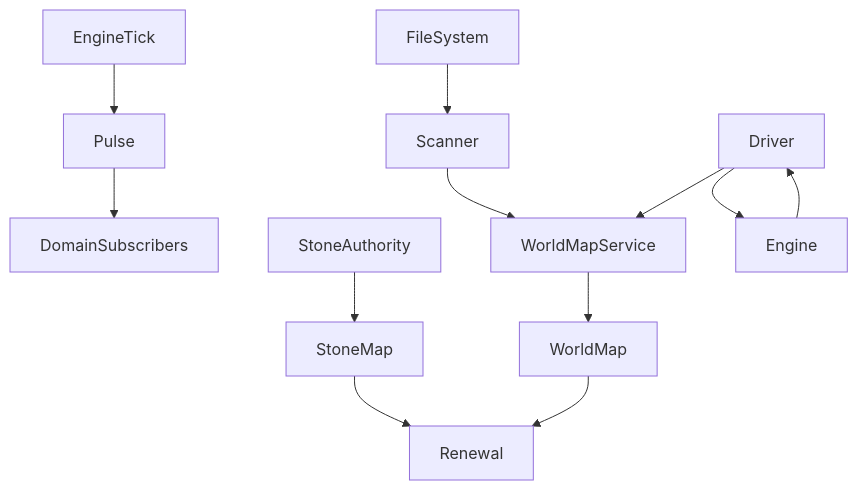
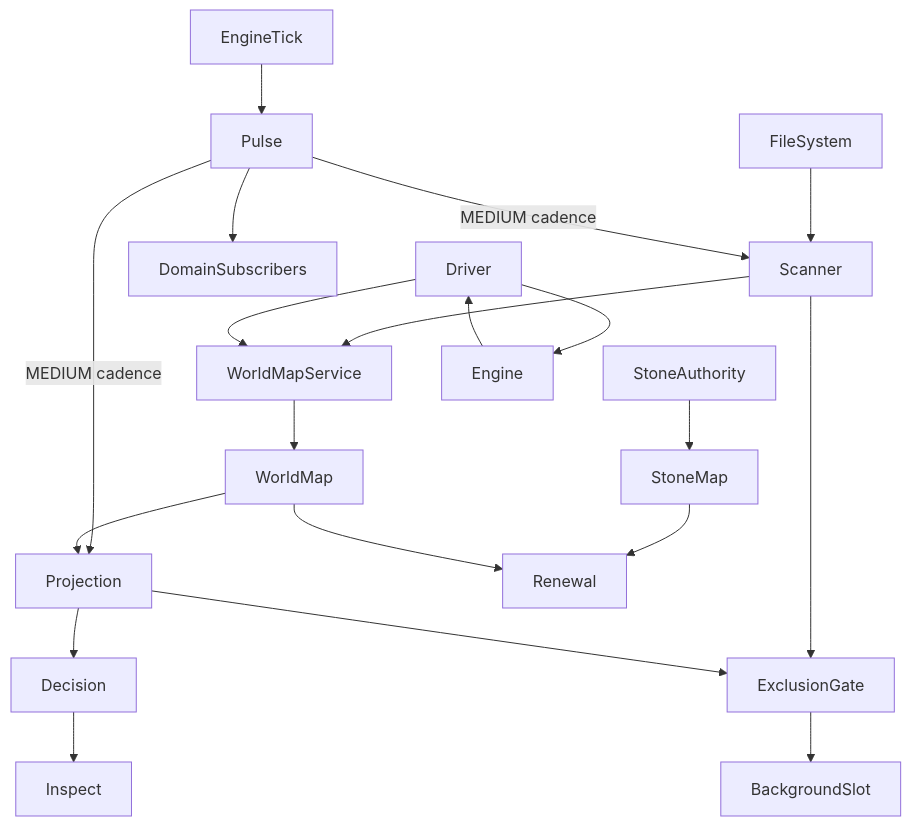
One commit to olilanz/memento-mc changed the fourth of 4 diagrams in ARCHITECTURE.md. Above: the diagram before and after it, drawn with Mermaid. The commit also changed other lines of this file, not shown here.

Commit message:
Updated architecture docs

````diff
--- a/ARCHITECTURE.md
+++ b/ARCHITECTURE.md
@@ -239,14 +270,22 @@
 ```mermaid
 flowchart TB
     FileSystem --> Scanner
     EngineTick --> Pulse
     Pulse --> DomainSubscribers
+    Pulse -->|MEDIUM cadence| Scanner
+    Pulse -->|MEDIUM cadence| Projection
     Scanner --> WorldMapService
     StoneAuthority --> StoneMap
     StoneMap --> Renewal
+    WorldMap --> Projection
+    Projection --> Decision
+    Decision --> Inspect
     Driver --> Engine
     Engine --> Driver
     Driver --> WorldMapService
+    Scanner --> ExclusionGate
+    Projection --> ExclusionGate
+    ExclusionGate --> BackgroundSlot
     WorldMapService --> WorldMap
     WorldMap --> Renewal
 ```
````
